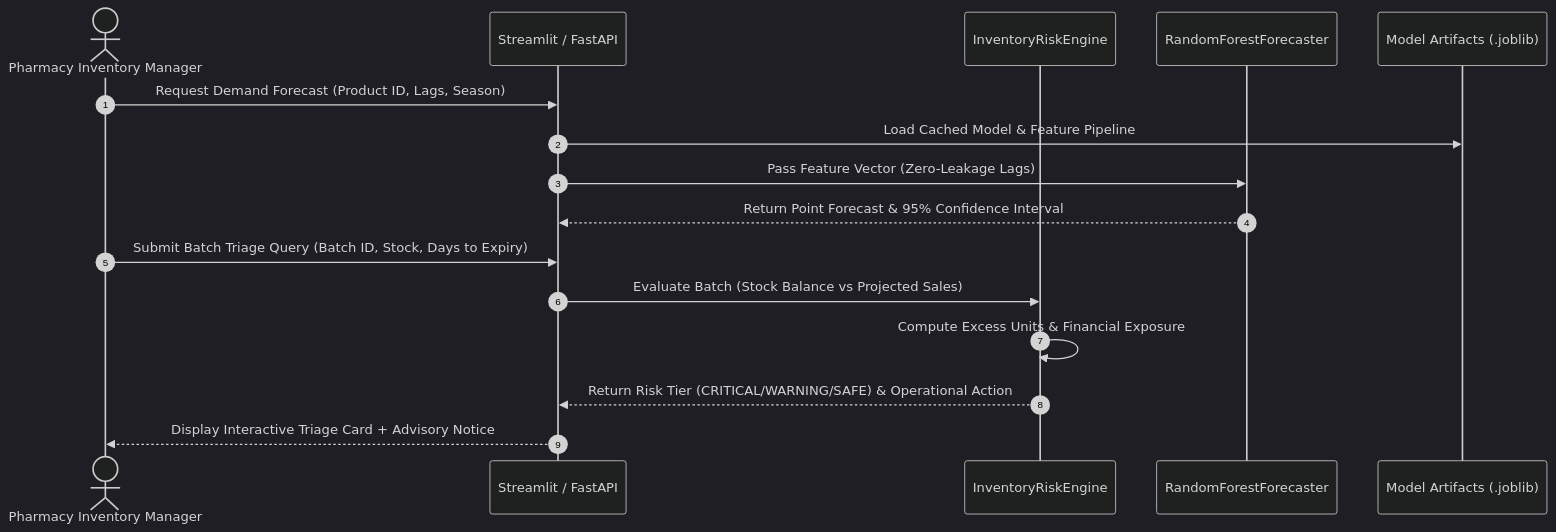
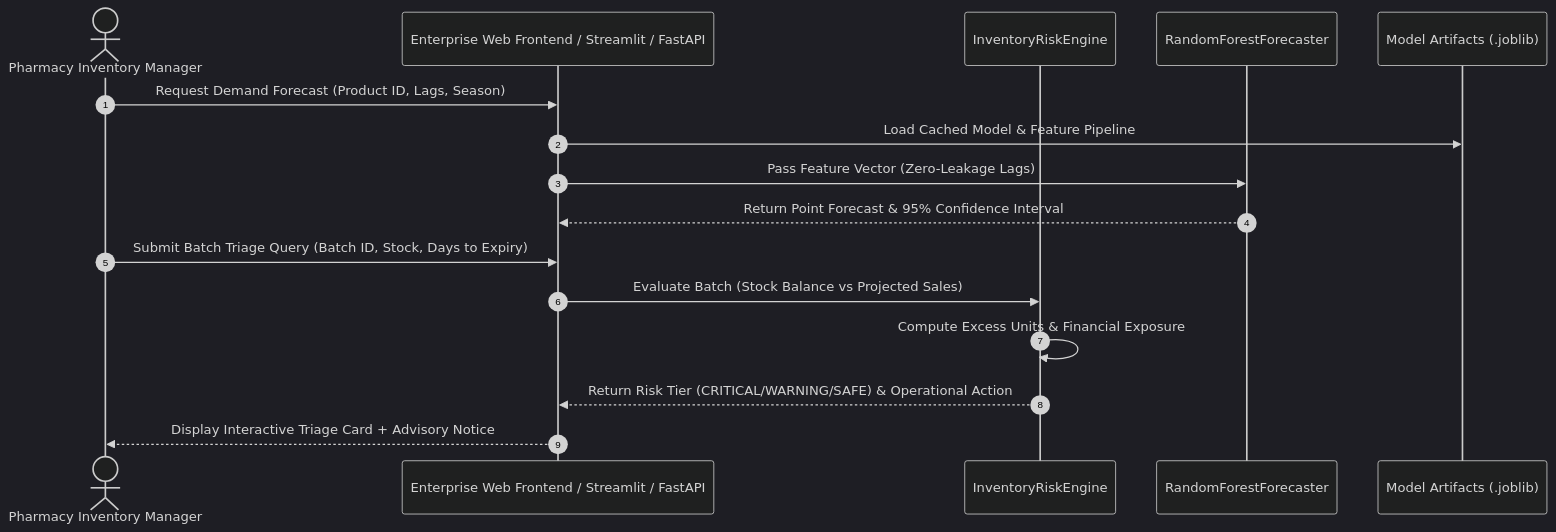
Before and after one commit to charan1835/Algions: the second of 2 diagrams in docs/ARCHITECTURE.md, drawn with Mermaid (dark theme). The commit also changed other lines of this file and 5 other files, not shown here.

````diff
--- a/docs/ARCHITECTURE.md
+++ b/docs/ARCHITECTURE.md
@@ -58,19 +59,19 @@
 ```mermaid
 sequenceDiagram
     autonumber
     actor User as Pharmacy Inventory Manager
-    participant UI as Streamlit / FastAPI
+    participant UI as Enterprise Web Frontend / Streamlit / FastAPI
     participant Engine as InventoryRiskEngine
     participant ML as RandomForestForecaster
     participant DB as Model Artifacts (.joblib)
 
     User->>UI: Request Demand Forecast (Product ID, Lags, Season)
     UI->>DB: Load Cached Model & Feature Pipeline
     UI->>ML: Pass Feature Vector (Zero-Leakage Lags)
     ML-->>UI: Return Point Forecast & 95% Confidence Interval
     User->>UI: Submit Batch Triage Query (Batch ID, Stock, Days to Expiry)
     UI->>Engine: Evaluate Batch (Stock Balance vs Projected Sales)
     Engine->>Engine: Compute Excess Units & Financial Exposure
     Engine-->>UI: Return Risk Tier (CRITICAL/WARNING/SAFE) & Operational Action
     UI-->>User: Display Interactive Triage Card + Advisory Notice
 ```
````
